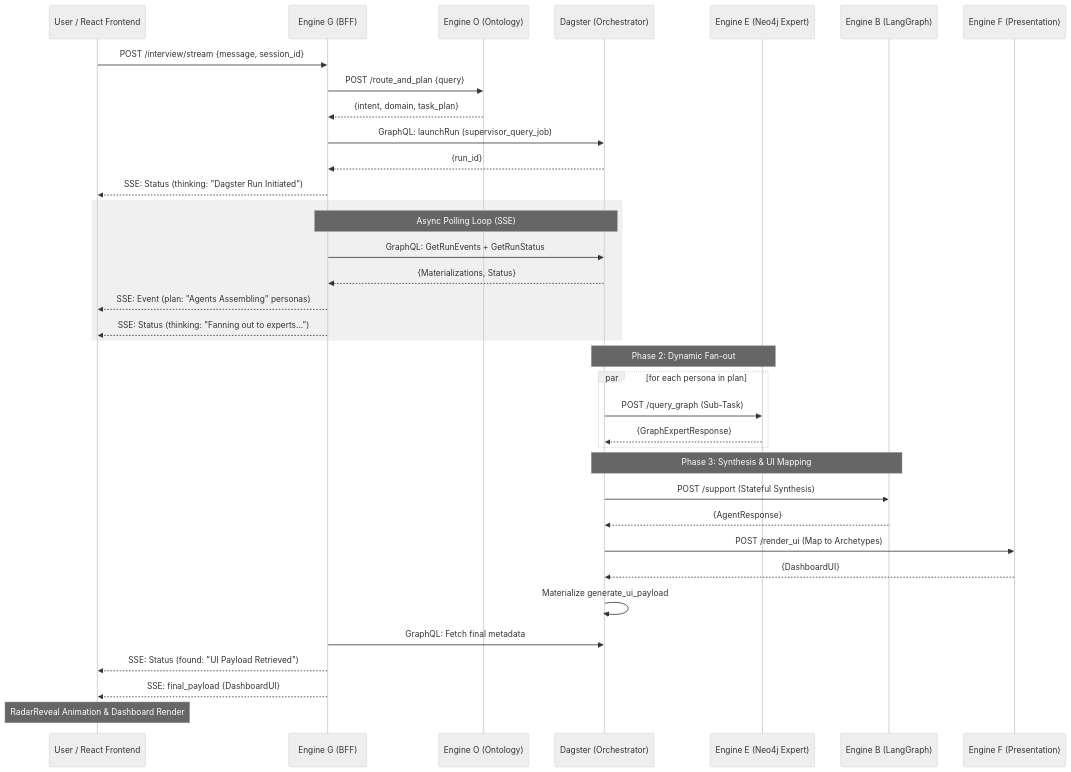
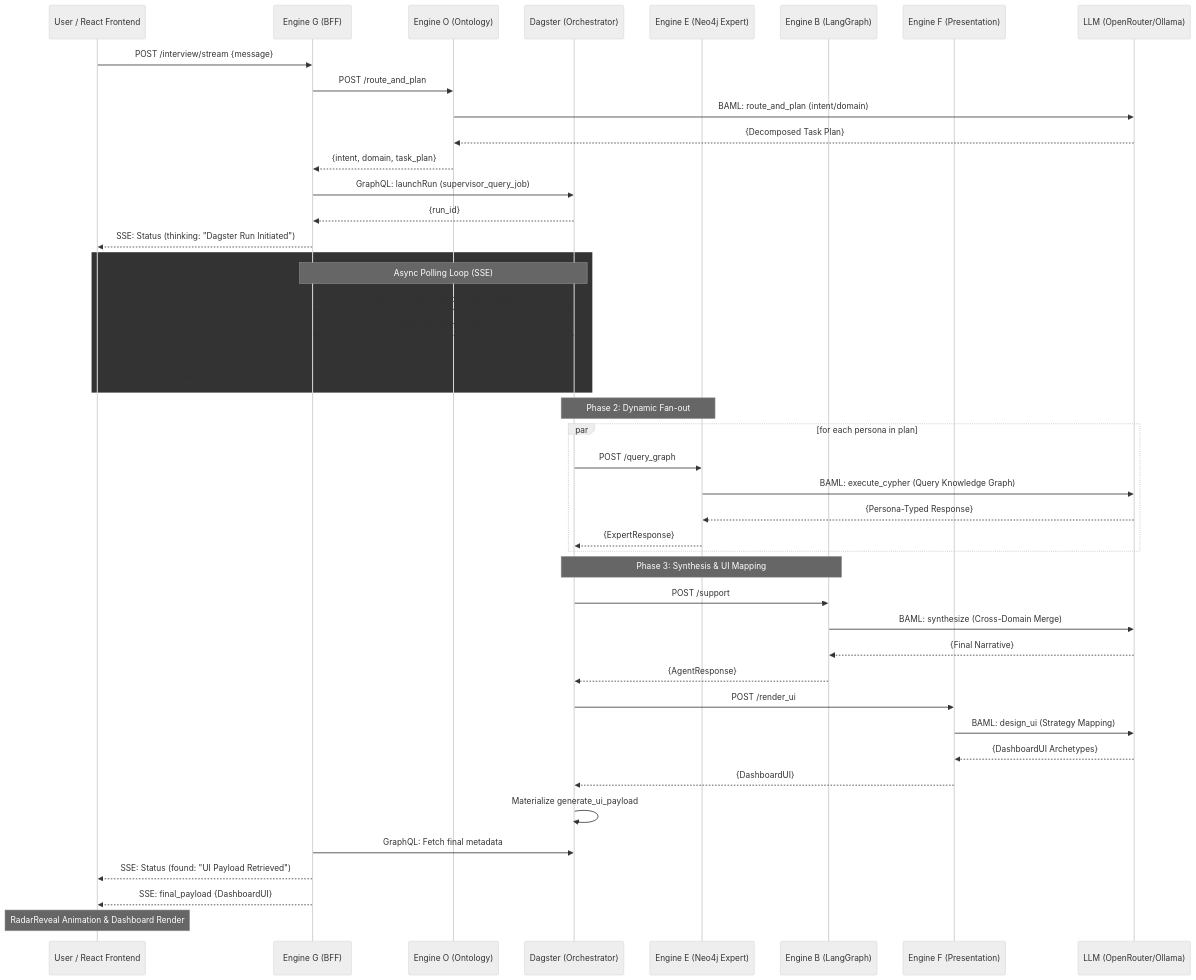
One commit to edgy-solutions/invincible-agent changed the second of 3 diagrams in README.md. Above: the diagram before and after it, drawn with Mermaid (neutral theme).

Commit message:
I've updated the sequence diagram to include a new LLM participant, highlighting exactly where the BAML calls occur within each engine's lifecycle:
Engine O: Uses BAML for intent classification and query decomposition into a task plan.
Engine E: Uses BAML to translate the sub-task into executable Cypher for the Knowledge Graph.
Engine B: Uses BAML to synthesize the parallel expert results into a cohesive narrative.
Engine F: Uses BAML to map the final results into specific UI archetypes (Dashboard components).
This gives a much clearer picture of the "brain" behind each step in the mesh. Let me know if you'd like to refine any of the call labels!

````diff
--- a/README.md
+++ b/README.md
@@ -83,47 +83,56 @@
 ```mermaid
 sequenceDiagram
     participant UI as User / React Frontend
     participant G as Engine G (BFF)
     participant O as Engine O (Ontology)
     participant D as Dagster (Orchestrator)
     participant E as Engine E (Neo4j Expert)
     participant B as Engine B (LangGraph)
     participant F as Engine F (Presentation)
+    participant LLM as LLM (OpenRouter/Ollama)
 
-    UI->>G: POST /interview/stream {message, session_id}
-    G->>O: POST /route_and_plan {query}
+    UI->>G: POST /interview/stream {message}
+    G->>O: POST /route_and_plan
+    O->>LLM: BAML: route_and_plan (intent/domain)
+    LLM-->>O: {Decomposed Task Plan}
     O-->>G: {intent, domain, task_plan}
 
     G->>D: GraphQL: launchRun (supervisor_query_job)
     D-->>G: {run_id}
     G-->>UI: SSE: Status (thinking: "Dagster Run Initiated")
 
-    rect rgb(240, 240, 240)
+    rect rgb(51, 51, 51)
     Note over G, D: Async Polling Loop (SSE)
     G->>D: GraphQL: GetRunEvents + GetRunStatus
     D-->>G: {Materializations, Status}
-    G-->>UI: SSE: Event (plan: "Agents Assembling" personas)
-    G-->>UI: SSE: Status (thinking: "Fanning out to experts...")
+    G-->>UI: SSE: Event (plan: "Agents Assembling")
+    G-->>UI: SSE: Status (thinking: "Fanning out...")
     end
 
     Note over D, E: Phase 2: Dynamic Fan-out
     par for each persona in plan
-        D->>E: POST /query_graph (Sub-Task)
-        E-->>D: {GraphExpertResponse}
+        D->>E: POST /query_graph
+        E->>LLM: BAML: execute_cypher (Query Knowledge Graph)
+        LLM-->>E: {Persona-Typed Response}
+        E-->>D: {ExpertResponse}
     end
 
     Note over D, B: Phase 3: Synthesis & UI Mapping
-    D->>B: POST /support (Stateful Synthesis)
+    D->>B: POST /support
+    B->>LLM: BAML: synthesize (Cross-Domain Merge)
+    LLM-->>B: {Final Narrative}
     B-->>D: {AgentResponse}
 
-    D->>F: POST /render_ui (Map to Archetypes)
+    D->>F: POST /render_ui
+    F->>LLM: BAML: design_ui (Strategy Mapping)
+    LLM-->>F: {DashboardUI Archetypes}
     F-->>D: {DashboardUI}
 
     D->>D: Materialize generate_ui_payload
 
     G->>D: GraphQL: Fetch final metadata
     G-->>UI: SSE: Status (found: "UI Payload Retrieved")
     G-->>UI: SSE: final_payload {DashboardUI}
 
     Note over UI: RadarReveal Animation & Dashboard Render
 ```
````
